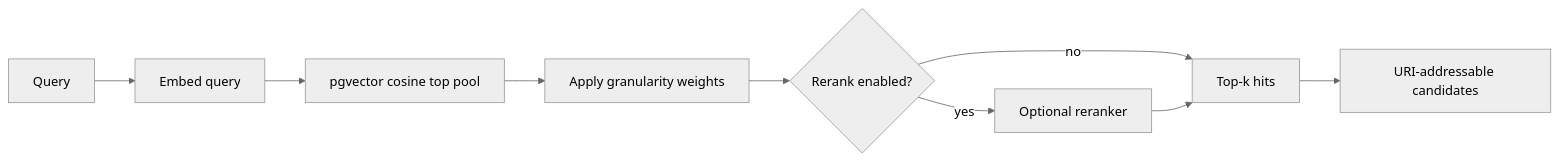
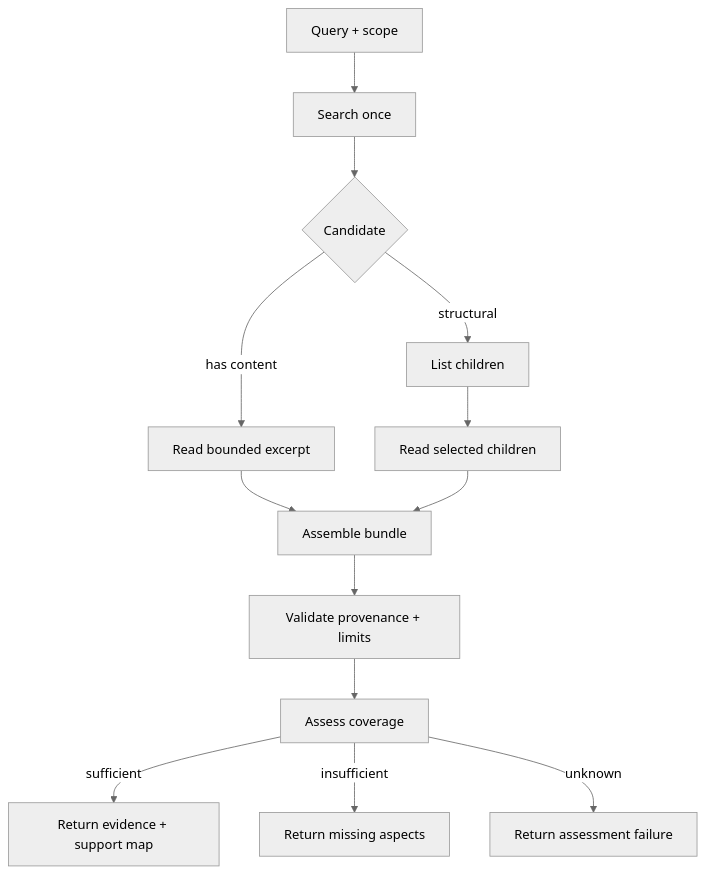
One commit to mhuzaifadev/VikingRAG changed the second of 3 diagrams in docs/RETRIEVAL.md. Above: the diagram before and after it, drawn with Mermaid (neutral theme). The commit also changed other lines of this file and 34 other files, not shown here.

Commit message:
release: VikingRAG v0.3.0 Retrieval primitives and evidence sufficiency: List, Grep, Read, bounded evidence collection, shared budgets, and assessment APIs.

````diff
--- a/docs/RETRIEVAL.md
+++ b/docs/RETRIEVAL.md
@@ -46,11 +36,15 @@
 ```mermaid
-flowchart LR
-    Q[Query] --> E[Embed query]
-    E --> V[pgvector cosine top pool]
-    V --> W[Apply granularity weights]
-    W --> R{Rerank enabled?}
-    R -->|yes| RR[Optional reranker]
-    R -->|no| T[Top-k hits]
-    RR --> T
-    T --> U[URI-addressable candidates]
+flowchart TD
+    Q[Query + scope] --> S[Search once]
+    S --> C{Candidate}
+    C -->|has content| R[Read bounded excerpt]
+    C -->|structural| L[List children]
+    L --> R2[Read selected children]
+    R --> B[Assemble bundle]
+    R2 --> B
+    B --> V[Validate provenance + limits]
+    V --> J[Assess coverage]
+    J -->|sufficient| OK[Return evidence + support map]
+    J -->|insufficient| M[Return missing aspects]
+    J -->|unknown| U[Return assessment failure]
 ```
````
